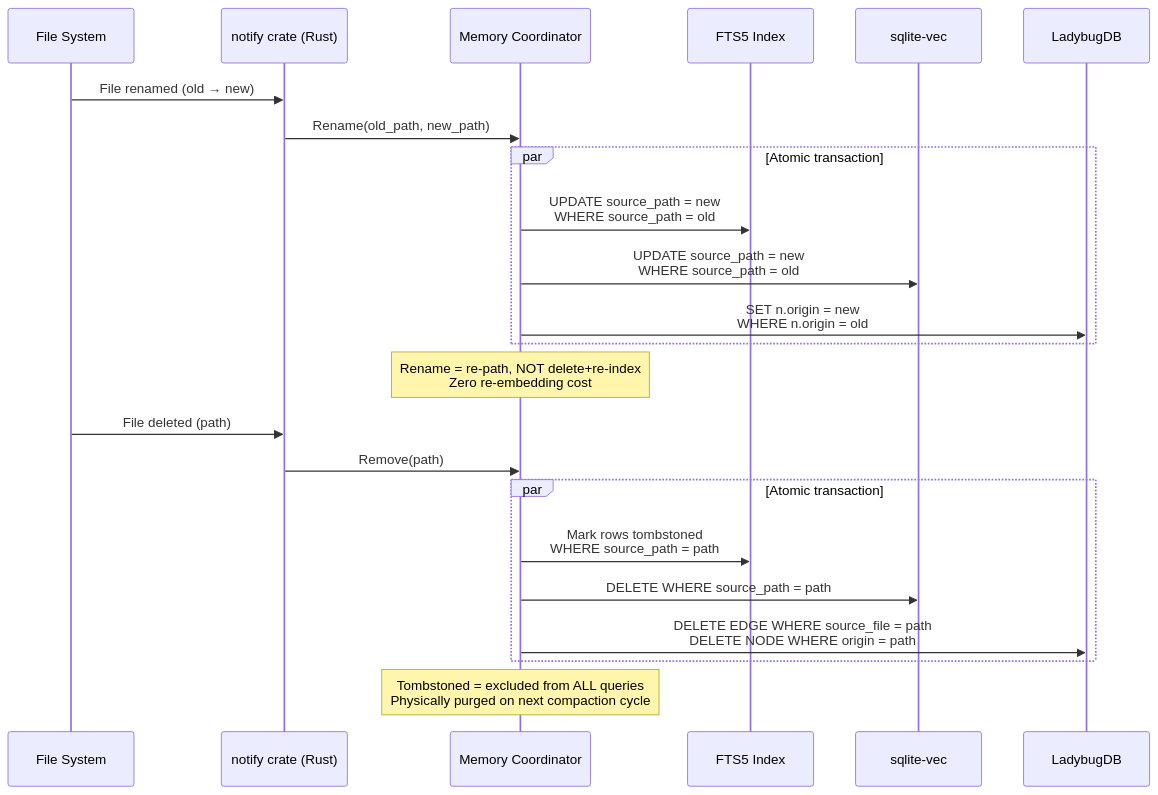
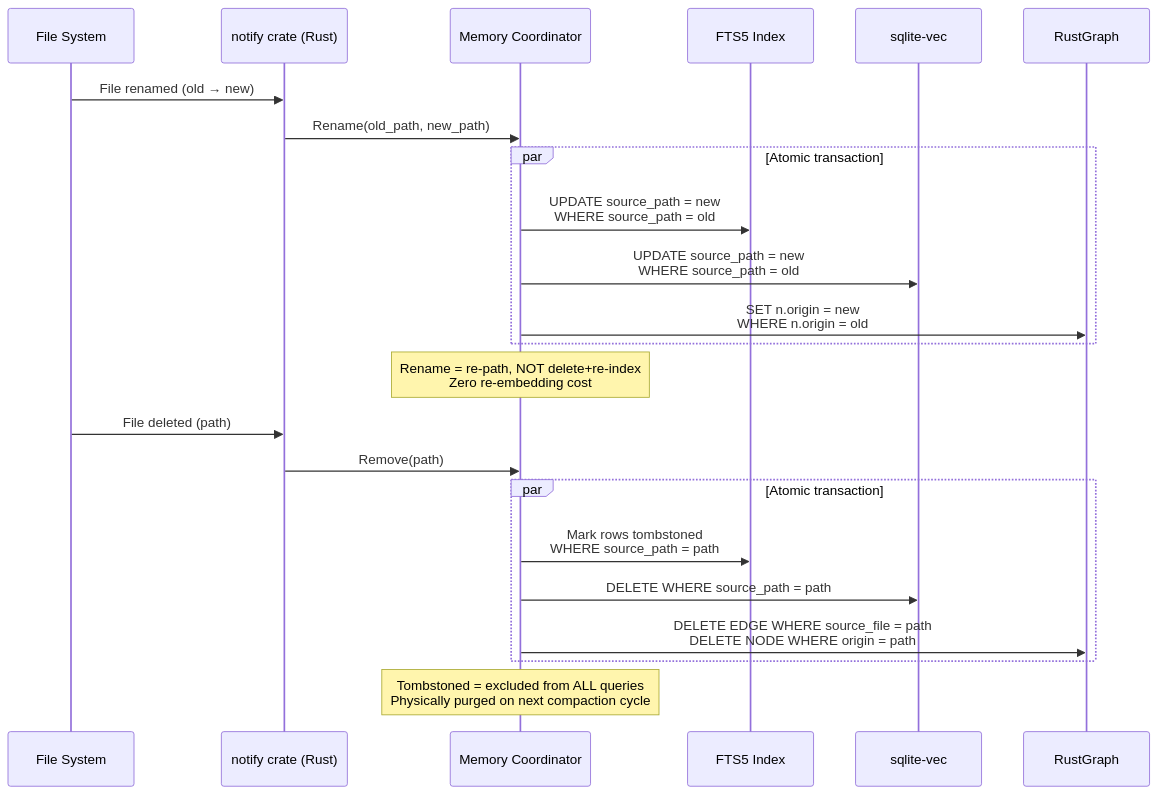
Before and after one commit to sarv-projects/EveryAIOS: diagram 16 of 24 in ARCH/DIAGRAMS.md, drawn with Mermaid. The commit also changed other lines of this file and 5 other files, not shown here.

First line of the commit message:
Final consistency pass: sync ARCH/DIAGRAMS/01/08/09 + UI-DESIGN-PROMPT

````diff
--- a/ARCH/DIAGRAMS.md
+++ b/ARCH/DIAGRAMS.md
@@ -631,29 +631,29 @@
 ```mermaid
 sequenceDiagram
     participant FS as File System
     participant Notify as notify crate (Rust)
     participant Coord as Memory Coordinator
     participant FTS as FTS5 Index
     participant Vec as sqlite-vec
-    participant Graph as LadybugDB
+    participant Graph as RustGraph
 
     FS->>Notify: File renamed (old → new)
     Notify->>Coord: Rename(old_path, new_path)
     
     par Atomic transaction
         Coord->>FTS: UPDATE source_path = new<br/>WHERE source_path = old
         Coord->>Vec: UPDATE source_path = new<br/>WHERE source_path = old
         Coord->>Graph: SET n.origin = new<br/>WHERE n.origin = old
     end
     Note over Coord: Rename = re-path, NOT delete+re-index<br/>Zero re-embedding cost
 
     FS->>Notify: File deleted (path)
     Notify->>Coord: Remove(path)
     
     par Atomic transaction
         Coord->>FTS: Mark rows tombstoned<br/>WHERE source_path = path
         Coord->>Vec: DELETE WHERE source_path = path
         Coord->>Graph: DELETE EDGE WHERE source_file = path<br/>DELETE NODE WHERE origin = path
     end
     Note over Coord: Tombstoned = excluded from ALL queries<br/>Physically purged on next compaction cycle
 ```
````
